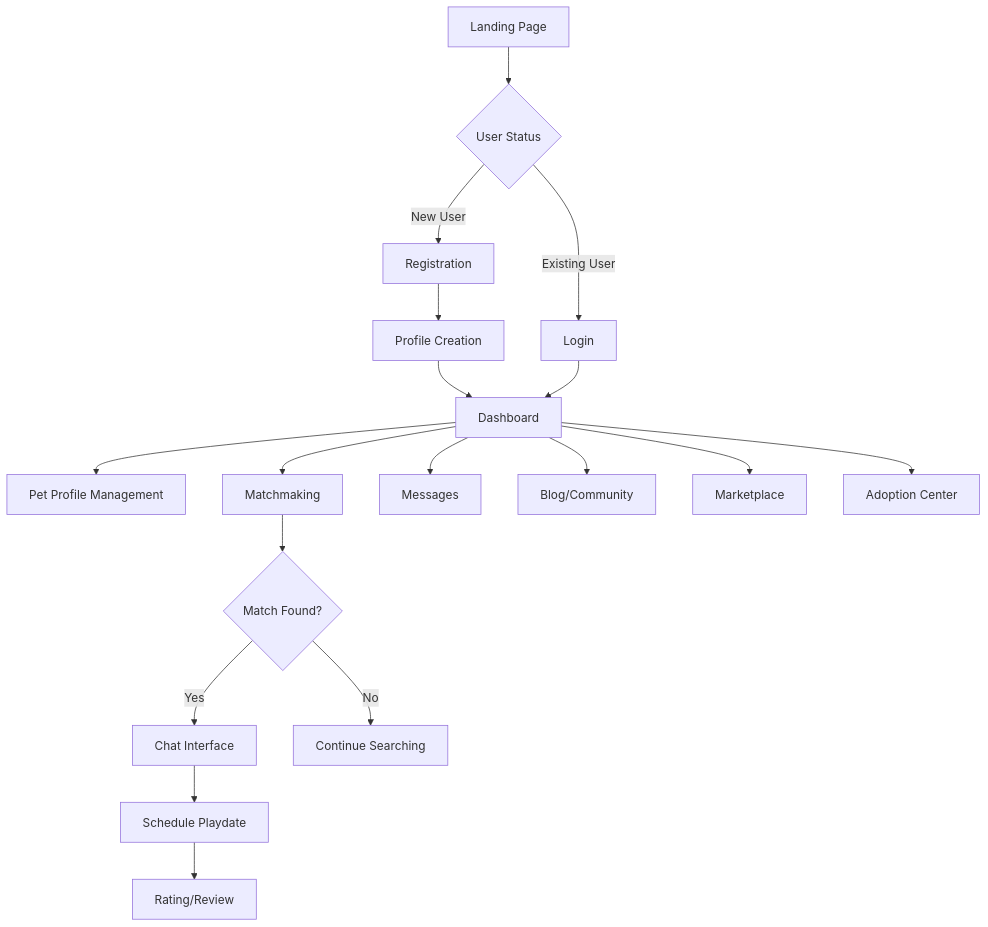
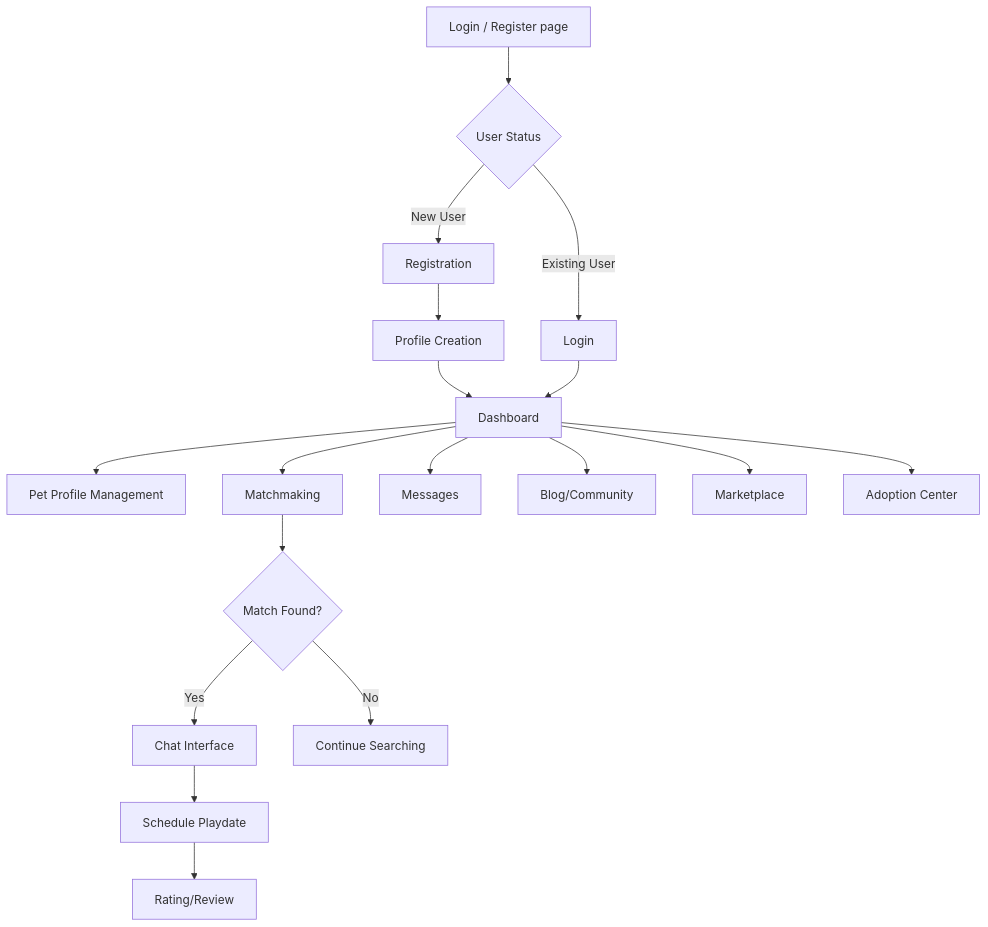
One commit to xhoiKabashi/Playmates-Documentation changed the diagram in README.md. Above: the diagram before and after it, drawn with Mermaid.

````diff
--- a/README.md
+++ b/README.md
@@ -81,24 +81,24 @@
 ```mermaid
 graph TD
-    A[Landing Page] --> B{User Status}
+    A[Login / Register page] --> B{User Status}
     B -->|New User| C[Registration]
     B -->|Existing User| D[Login]
     
     C --> E[Profile Creation]
     E --> F[Dashboard]
     D --> F[Dashboard]
     
     F --> G[Pet Profile Management]
     F --> H[Matchmaking]
     F --> I[Messages]
     F --> J[Blog/Community]
     F --> K[Marketplace]
     F --> L[Adoption Center]
     
     H --> M{Match Found?}
     M -->|Yes| N[Chat Interface]
     M -->|No| O[Continue Searching]
     
     N --> P[Schedule Playdate]
     P --> Q[Rating/Review]
 ```
````
